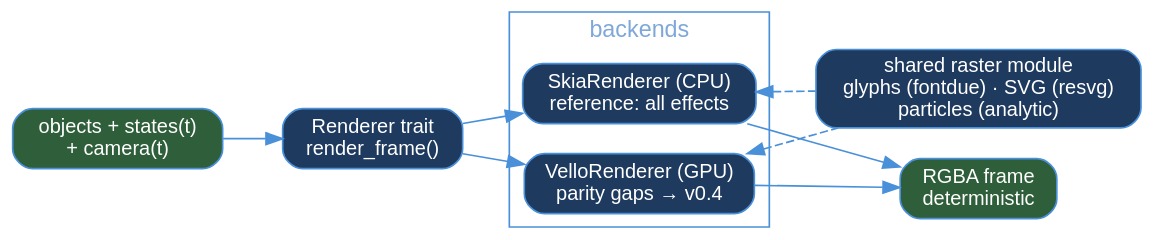
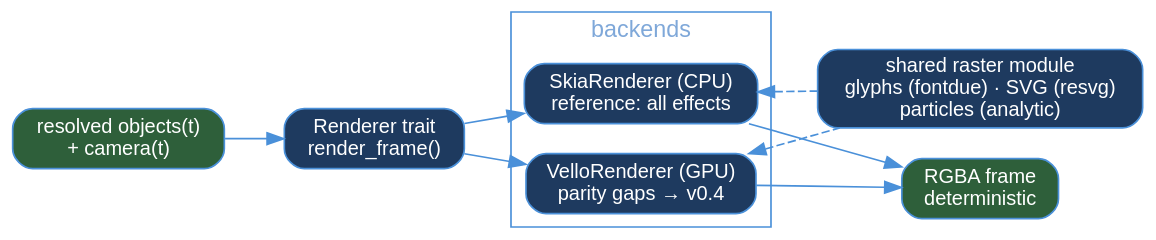
Before and after one commit to SakarZaidan/lumina: the diagram in docs/architecture/render-pipeline.dot, drawn with Graphviz. The commit also changed 6 other files, not shown here.

First line of the commit message:
docs: show typed resolution in the architecture chapter and diagrams

```diff
--- a/docs/architecture/render-pipeline.dot
+++ b/docs/architecture/render-pipeline.dot
@@ -1,23 +1,23 @@
 // Render pipeline: per-frame state → RGBA pixels. Rendered by gen-diagrams.sh.
 digraph render_pipeline {
   rankdir=LR; bgcolor="transparent";
   node [shape=box, style="rounded,filled", fillcolor="#1E3A5F", fontcolor=white,
         color="#4A90D9", fontname="Helvetica", fontsize=12];
   edge [color="#4A90D9", fontname="Helvetica", fontsize=10, fontcolor="#7FA8D9"];
 
-  state  [label="objects + states(t)\n+ camera(t)", fillcolor="#2E5F3A"];
+  state  [label="resolved objects(t)\n+ camera(t)", fillcolor="#2E5F3A"];
   trait_ [label="Renderer trait\nrender_frame()"];
   subgraph cluster_backends {
     label="backends"; fontname="Helvetica"; fontcolor="#7FA8D9"; color="#4A90D9";
     skia  [label="SkiaRenderer (CPU)\nreference: all effects"];
     vello [label="VelloRenderer (GPU)\nparity gaps → v0.4"];
   }
   raster [label="shared raster module\nglyphs (fontdue) · SVG (resvg)\nparticles (analytic)"];
   frame  [label="RGBA frame\ndeterministic", fillcolor="#2E5F3A"];
 
   state -> trait_;
   trait_ -> skia; trait_ -> vello;
   skia -> raster [dir=back, style=dashed];
   vello -> raster [dir=back, style=dashed];
   skia -> frame; vello -> frame;
 }
```
